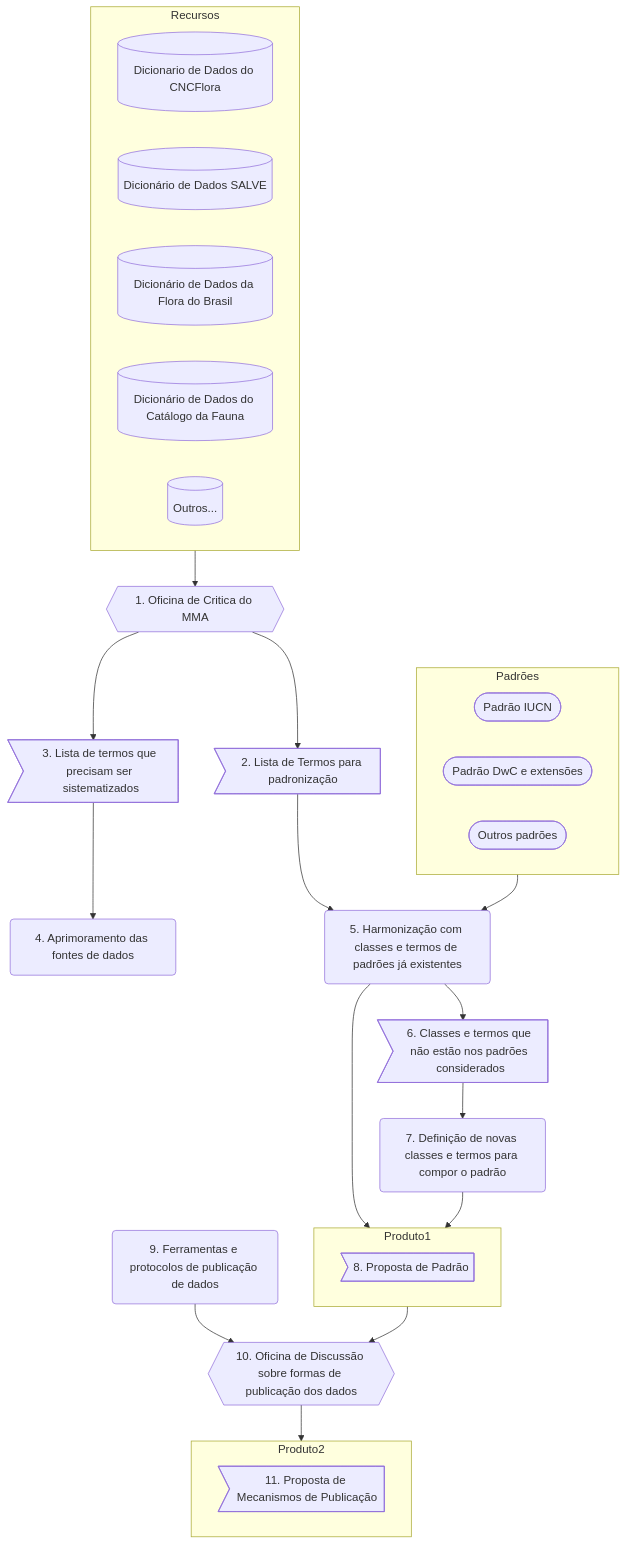
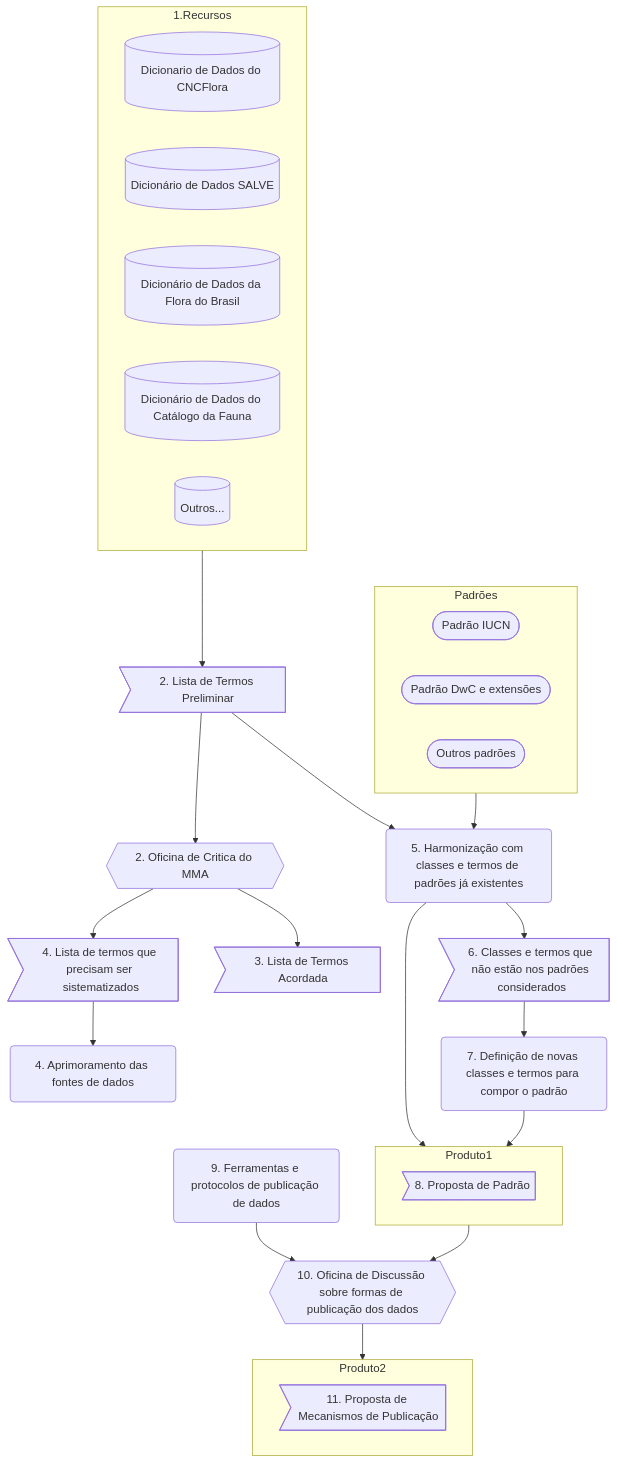
One commit to jlanna/MMA-Ameacadas changed the first of 2 diagrams in readme/fluxograma.md. Above: the diagram before and after it, drawn with Mermaid.

Commit message:
Atualização

````diff
--- a/readme/fluxograma.md
+++ b/readme/fluxograma.md
@@ -5,36 +5,40 @@
 ```mermaid
 flowchart TB
-    A{{1. Oficina de Critica do MMA}} --> B>2. Lista de Termos para padronização]
-    A --> C>3. Lista de termos que precisam ser sistematizados]
-    Recursos --> A
-    subgraph Recursos
+    %% define os recursos existentes que precisam ter seus termos levantados e compilados
+    subgraph 1.Recursos
         direction RL    
         dc1[(Dicionario de Dados do CNCFlora)]
         dc2[(Dicionário de Dados SALVE)]
         dc3[(Dicionário de Dados da Flora do Brasil)]
         dc4[(Dicionário de Dados do Catálogo da Fauna)]
         dc5[(Outros...)]
      end
+    1.Recursos --> B>2. Lista de Termos Preliminar]
+    B --> A
+    A{{2. Oficina de Critica do MMA}} --> C>4. Lista de termos que precisam ser sistematizados]
+
+    P>3. Lista de Termos Acordada]
+    A --> P
     C --> E(4. Aprimoramento das fontes de dados)
     B --> F(5. Harmonização com classes e termos de padrões já existentes)
         subgraph Padrões
         direction RL
         G([Padrão IUCN])
         H([Padrão DwC e extensões])
         I([Outros padrões])
     end
     Padrões --> F   
     F --> J>6. Classes e termos que não estão nos padrões considerados]
     J --> K(7. Definição de novas classes e termos para compor o padrão)
     subgraph Produto1
         L>8. Proposta de Padrão]
     end
     F --> Produto1
     K --> Produto1
     Produto1 --> M{{10. Oficina de Discussão sobre formas de publicação dos dados}}
     subgraph Produto2
         N>11. Proposta de Mecanismos de Publicação]
     end
     O(9. Ferramentas e protocolos de publicação de dados) --> M
     M --> Produto2
 ```
````
